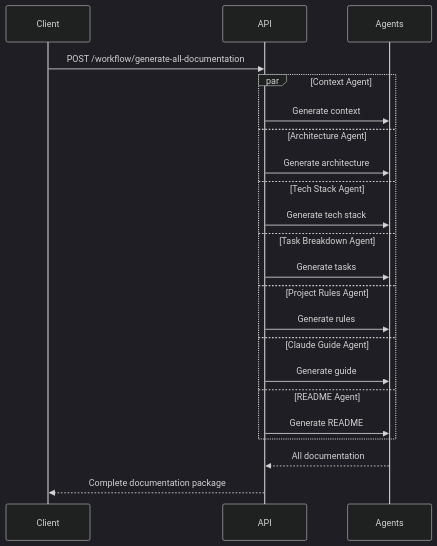
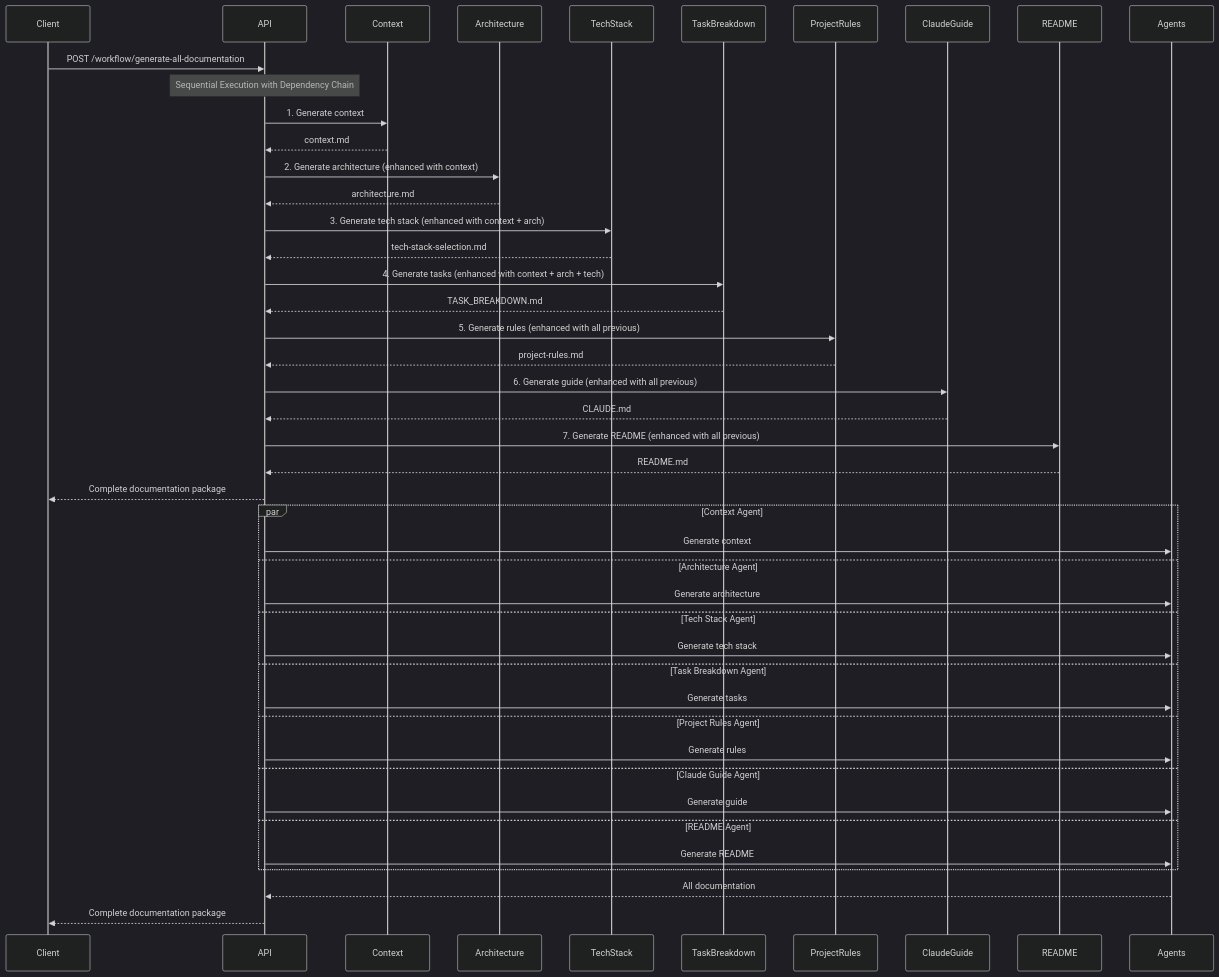
Before and after one commit to hamzaPixl/davai: the second of 2 diagrams in backend/docs/API_WORKFLOW.md, drawn with Mermaid (dark theme). The commit also changed other lines of this file and 16 other files, not shown here.

````diff
--- a/backend/docs/API_WORKFLOW.md
+++ b/backend/docs/API_WORKFLOW.md
@@ -314,27 +355,58 @@
 ```mermaid
 sequenceDiagram
     participant Client
     participant API
-    participant Agents
+    participant Context
+    participant Architecture
+    participant TechStack
+    participant TaskBreakdown
+    participant ProjectRules
+    participant ClaudeGuide
+    participant README
 
     Client->>API: POST /workflow/generate-all-documentation
-    
+
+    Note over API: Sequential Execution with Dependency Chain
+
+    API->>Context: 1. Generate context
+    Context-->>API: context.md
+
+    API->>Architecture: 2. Generate architecture (enhanced with context)
+    Architecture-->>API: architecture.md
+
+    API->>TechStack: 3. Generate tech stack (enhanced with context + arch)
+    TechStack-->>API: tech-stack-selection.md
+
+    API->>TaskBreakdown: 4. Generate tasks (enhanced with context + arch + tech)
+    TaskBreakdown-->>API: TASK_BREAKDOWN.md
+
+    API->>ProjectRules: 5. Generate rules (enhanced with all previous)
+    ProjectRules-->>API: project-rules.md
+
+    API->>ClaudeGuide: 6. Generate guide (enhanced with all previous)
+    ClaudeGuide-->>API: CLAUDE.md
+
+    API->>README: 7. Generate README (enhanced with all previous)
+    README-->>API: README.md
+
+    API-->>Client: Complete documentation package
+
     par Context Agent
         API->>Agents: Generate context
     and Architecture Agent
         API->>Agents: Generate architecture
     and Tech Stack Agent
         API->>Agents: Generate tech stack
     and Task Breakdown Agent
         API->>Agents: Generate tasks
     and Project Rules Agent
         API->>Agents: Generate rules
     and Claude Guide Agent
         API->>Agents: Generate guide
     and README Agent
         API->>Agents: Generate README
     end
-    
+
     Agents-->>API: All documentation
     API-->>Client: Complete documentation package
 ```
````
